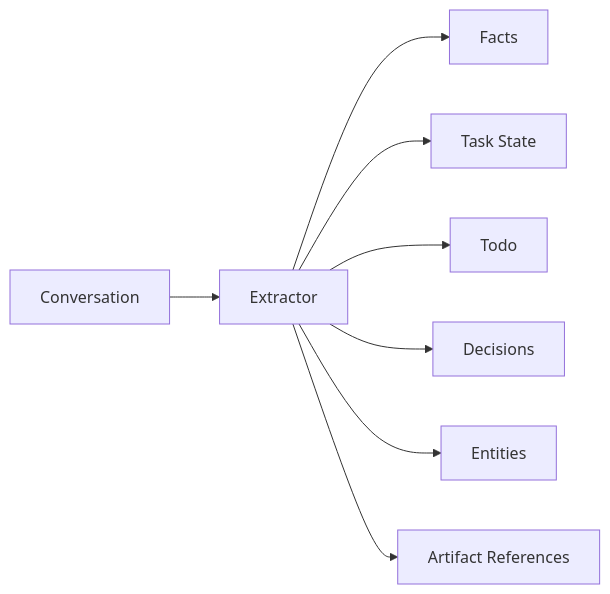
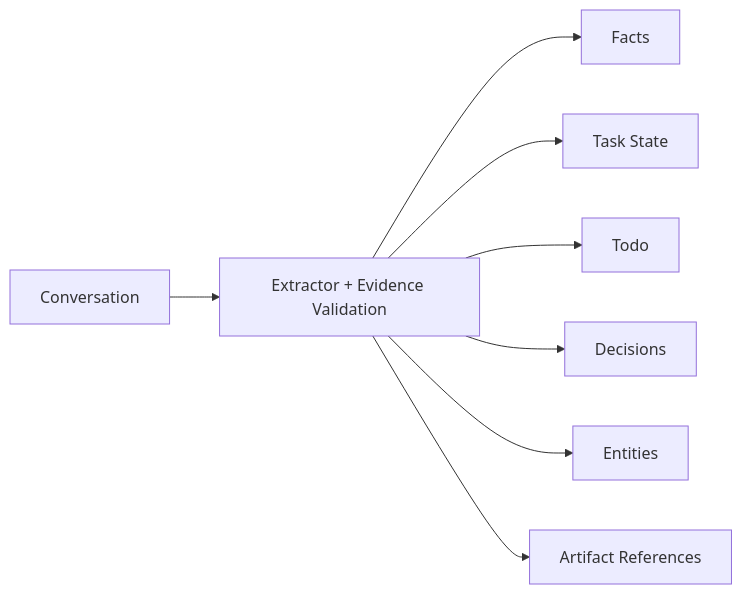
Before and after one commit to oneleaveknowsthefall/awesome-ai-roadmap: the eighth of 15 diagrams in docs/agent/03-memory-context/10-agent-memory-compression.md, drawn with Mermaid. The commit also changed other lines of this file and 50 other files, not shown here.

````diff
--- a/docs/agent/03-memory-context/10-agent-memory-compression.md
+++ b/docs/agent/03-memory-context/10-agent-memory-compression.md
@@ -365,10 +391,10 @@
 ```mermaid
 flowchart LR
-    CHAT[Conversation] --> EX[Extractor]
+    CHAT[Conversation] --> EX[Extractor + Evidence Validation]
     EX --> FACTS[Facts]
     EX --> STATE[Task State]
     EX --> TODO[Todo]
     EX --> DEC[Decisions]
     EX --> ENT[Entities]
     EX --> ART[Artifact References]
 ```
````
